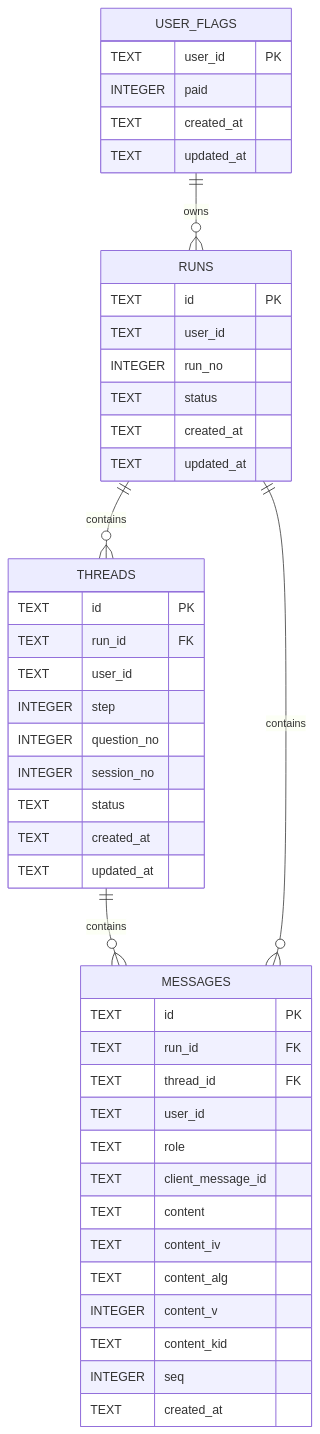
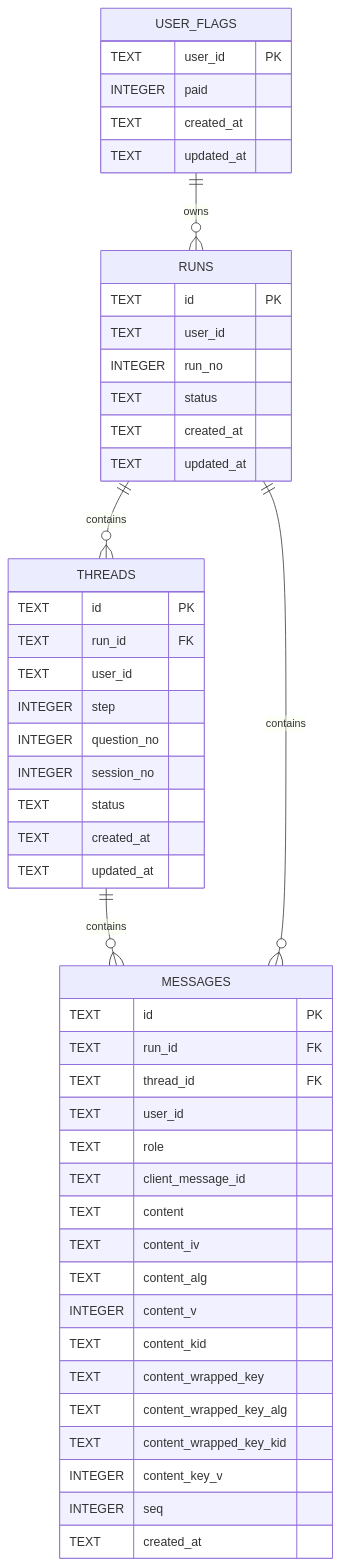
The diagram in apps/api/documents/基本設計書/30_データモデル.md (fractal-filix/shadowwork-navigator), drawn with Mermaid before and after one commit. The commit also changed other lines of this file and 4 other files, not shown here.

````diff
--- a/apps/api/documents/基本設計書/30_データモデル.md
+++ b/apps/api/documents/基本設計書/30_データモデル.md
@@ -26,51 +26,55 @@
 ```mermaid
 erDiagram
   USER_FLAGS {
     TEXT user_id PK
     INTEGER paid
     TEXT created_at
     TEXT updated_at
   }
 
   RUNS {
     TEXT id PK
     TEXT user_id
     INTEGER run_no
     TEXT status
     TEXT created_at
     TEXT updated_at
   }
 
   THREADS {
     TEXT id PK
     TEXT run_id FK
     TEXT user_id
     INTEGER step
     INTEGER question_no
     INTEGER session_no
     TEXT status
     TEXT created_at
     TEXT updated_at
   }
 
   MESSAGES {
     TEXT id PK
     TEXT run_id FK
     TEXT thread_id FK
     TEXT user_id
     TEXT role
     TEXT client_message_id
     TEXT content
     TEXT content_iv
     TEXT content_alg
     INTEGER content_v
     TEXT content_kid
+    TEXT content_wrapped_key
+    TEXT content_wrapped_key_alg
+    TEXT content_wrapped_key_kid
+    INTEGER content_key_v
     INTEGER seq
     TEXT created_at
   }
 
   USER_FLAGS ||--o{ RUNS : owns
   RUNS ||--o{ THREADS : contains
   THREADS ||--o{ MESSAGES : contains
   RUNS ||--o{ MESSAGES : contains
 ```
````
